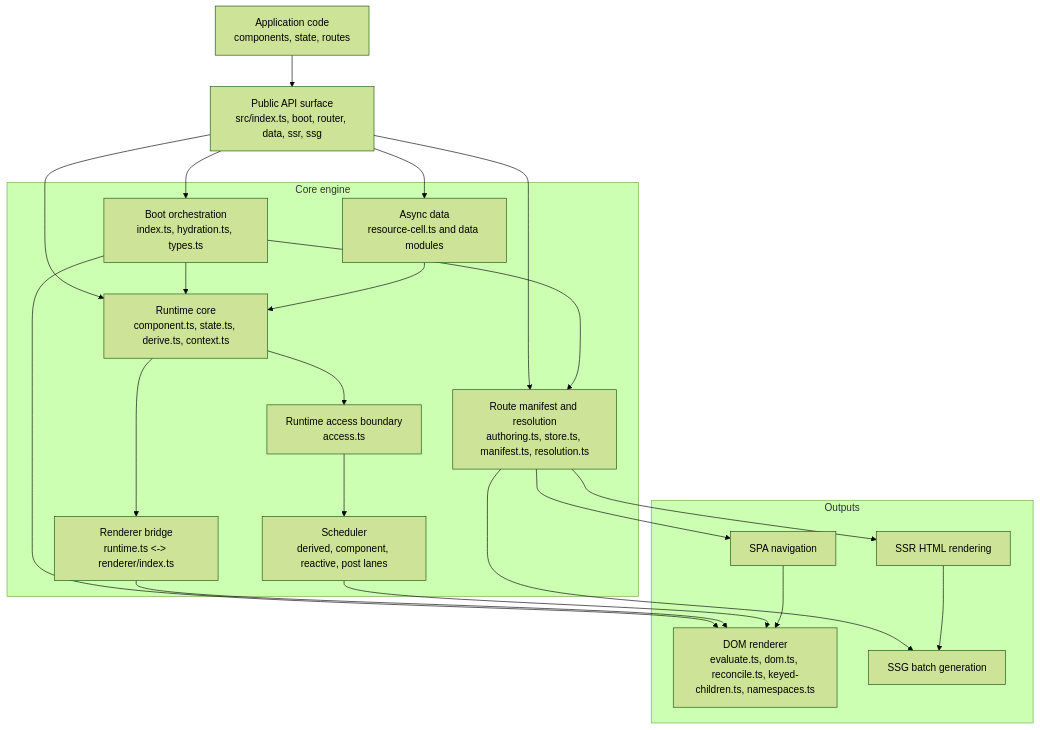
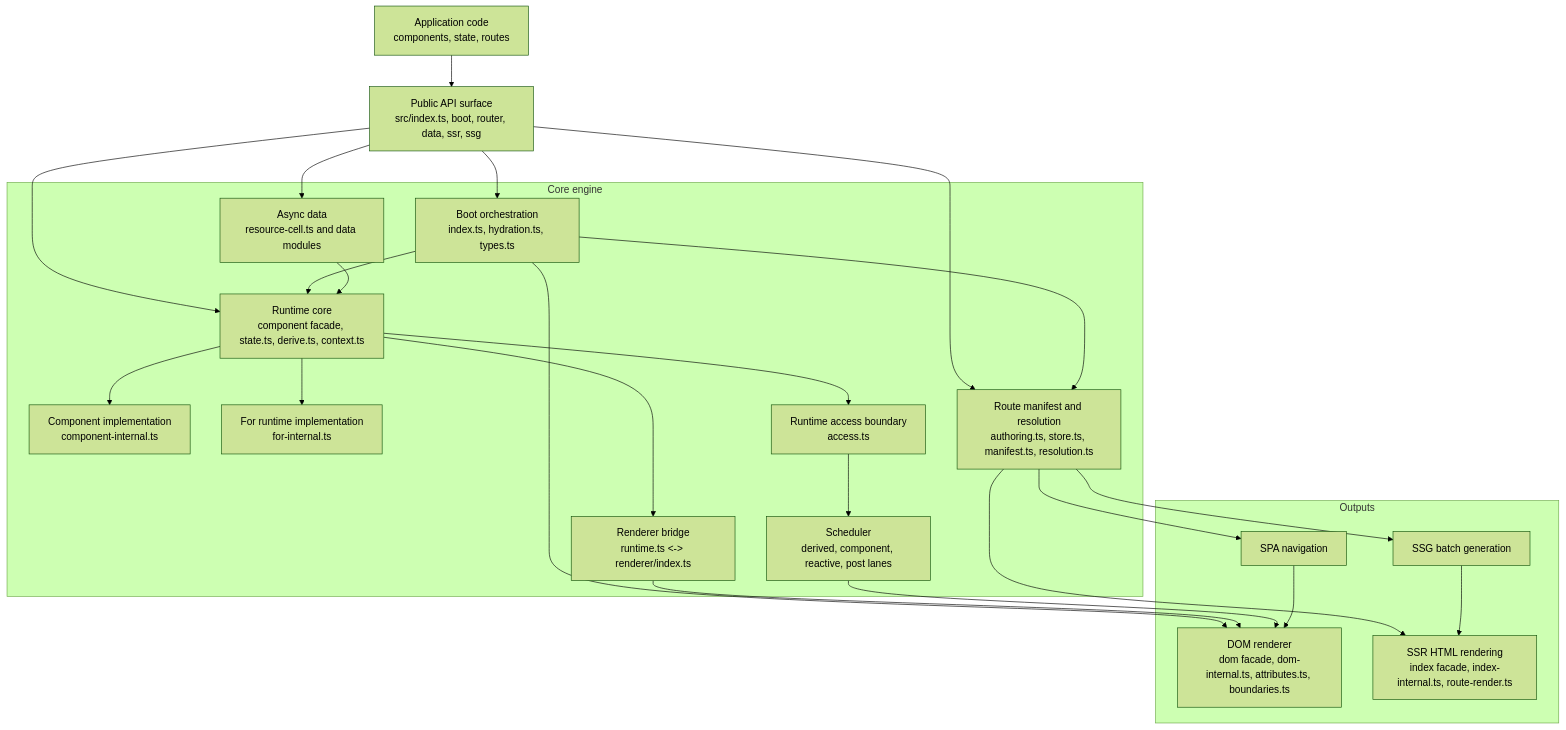
One commit to askrjs/askr changed the first of 2 diagrams in docs/internals/core-engine-design.md. Above: the diagram before and after it, drawn with Mermaid (forest theme). The commit also changed other lines of this file and 18 other files, not shown here.

Commit message:
Tighten renderer and SSR architecture ownership

````diff
--- a/docs/internals/core-engine-design.md
+++ b/docs/internals/core-engine-design.md
@@ -15,42 +15,46 @@
 ```mermaid
 flowchart TB
   app[Application code<br/>components, state, routes]
   publicApi[Public API surface<br/>src/index.ts, boot, router, data, ssr, ssg]
 
   subgraph engine[Core engine]
     boot[Boot orchestration<br/>index.ts, hydration.ts, types.ts]
-    runtime[Runtime core<br/>component.ts, state.ts, derive.ts, context.ts]
+    runtime[Runtime core<br/>component facade, state.ts, derive.ts, context.ts]
+    componentCore[Component implementation<br/>component-internal.ts]
+    forCore[For runtime implementation<br/>for-internal.ts]
     runtimeAccess[Runtime access boundary<br/>access.ts]
     scheduler[Scheduler<br/>derived, component, reactive, post lanes]
     rendererBridge[Renderer bridge<br/>runtime.ts <-> renderer/index.ts]
     routerManifest[Route manifest and resolution<br/>authoring.ts, store.ts, manifest.ts, resolution.ts]
     asyncData[Async data<br/>resource-cell.ts and data modules]
   end
 
   subgraph outputs[Outputs]
-    dom[DOM renderer<br/>evaluate.ts, dom.ts, reconcile.ts, keyed-children.ts, namespaces.ts]
+    dom[DOM renderer<br/>dom facade, dom-internal.ts, attributes.ts, boundaries.ts]
     spa[SPA navigation]
-    ssr[SSR HTML rendering]
+    ssr[SSR HTML rendering<br/>index facade, index-internal.ts, route-render.ts]
     ssg[SSG batch generation]
   end
 
   app --> publicApi
   publicApi --> boot
   publicApi --> runtime
   publicApi --> routerManifest
   publicApi --> asyncData
   boot --> runtime
   boot --> routerManifest
   boot --> dom
   runtime --> runtimeAccess
+  runtime --> componentCore
+  runtime --> forCore
   runtimeAccess --> scheduler
   runtime --> rendererBridge
   asyncData --> runtime
   routerManifest --> spa
   routerManifest --> ssr
   routerManifest --> ssg
   rendererBridge --> dom
   scheduler --> dom
   spa --> dom
-  ssr --> ssg
+  ssg --> ssr
 ```
````
